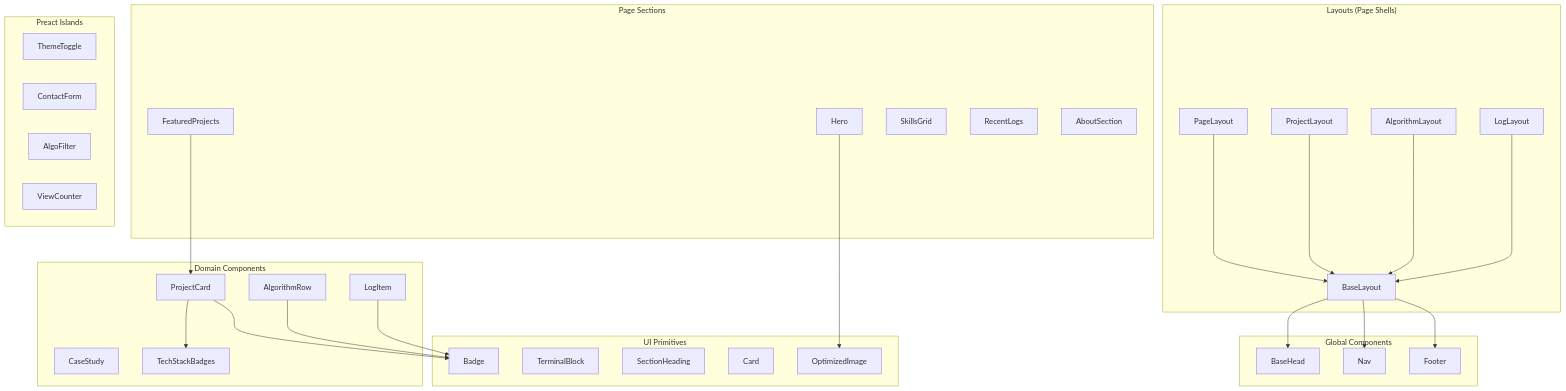
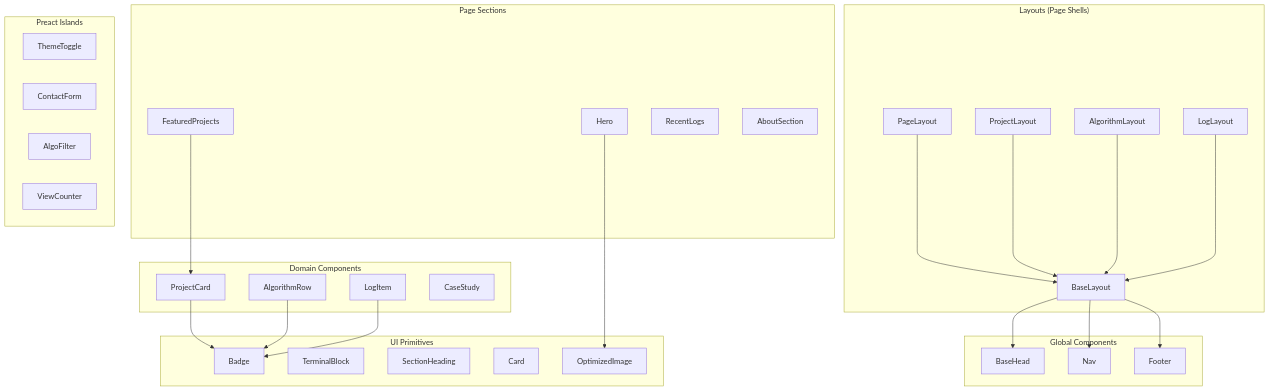
The diagram in architecture/LLD/03-component-specs.md (Sharmaharshitnone/portfolio), drawn with Mermaid before and after one commit. The commit also changed 11 other files, not shown here.

Commit message:
refactor: remove SkillsGrid and TechStackBadges components; update documentation and homepage layout

````diff
--- a/architecture/LLD/03-component-specs.md
+++ b/architecture/LLD/03-component-specs.md
@@ -5,61 +5,58 @@
 ```mermaid
 graph TD
     subgraph Layouts ["Layouts (Page Shells)"]
         BL[BaseLayout]
         PL[PageLayout]
         PRL[ProjectLayout]
         ALL[AlgorithmLayout]
         LL[LogLayout]
     end
 
     subgraph Global ["Global Components"]
         BH[BaseHead]
         NAV[Nav]
         FT[Footer]
     end
 
     subgraph Sections ["Page Sections"]
-        HERO[Hero]
-        FP[FeaturedProjects]
-        SG[SkillsGrid]
-        RL[RecentLogs]
-        AS[AboutSection]
+      HERO[Hero]
+      FP[FeaturedProjects]
+      RL[RecentLogs]
+      AS[AboutSection]
     end
 
     subgraph Domain ["Domain Components"]
-        PC[ProjectCard]
-        AR[AlgorithmRow]
-        LI[LogItem]
-        CS[CaseStudy]
-        TSB[TechStackBadges]
+      PC[ProjectCard]
+      AR[AlgorithmRow]
+      LI[LogItem]
+      CS[CaseStudy]
     end
 
     subgraph UI ["UI Primitives"]
         BDG[Badge]
         TB[TerminalBlock]
         SH[SectionHeading]
         CRD[Card]
         OI[OptimizedImage]
     end
 
     subgraph Islands ["Preact Islands"]
         TT[ThemeToggle]
         CF[ContactForm]
         AF[AlgoFilter]
         VC[ViewCounter]
     end
 
     BL --> BH
     BL --> NAV
     BL --> FT
     PL --> BL
     PRL --> BL
     ALL --> BL
     LL --> BL
     HERO --> OI
     FP --> PC
     PC --> BDG
-    PC --> TSB
     AR --> BDG
     LI --> BDG
 ```
````
